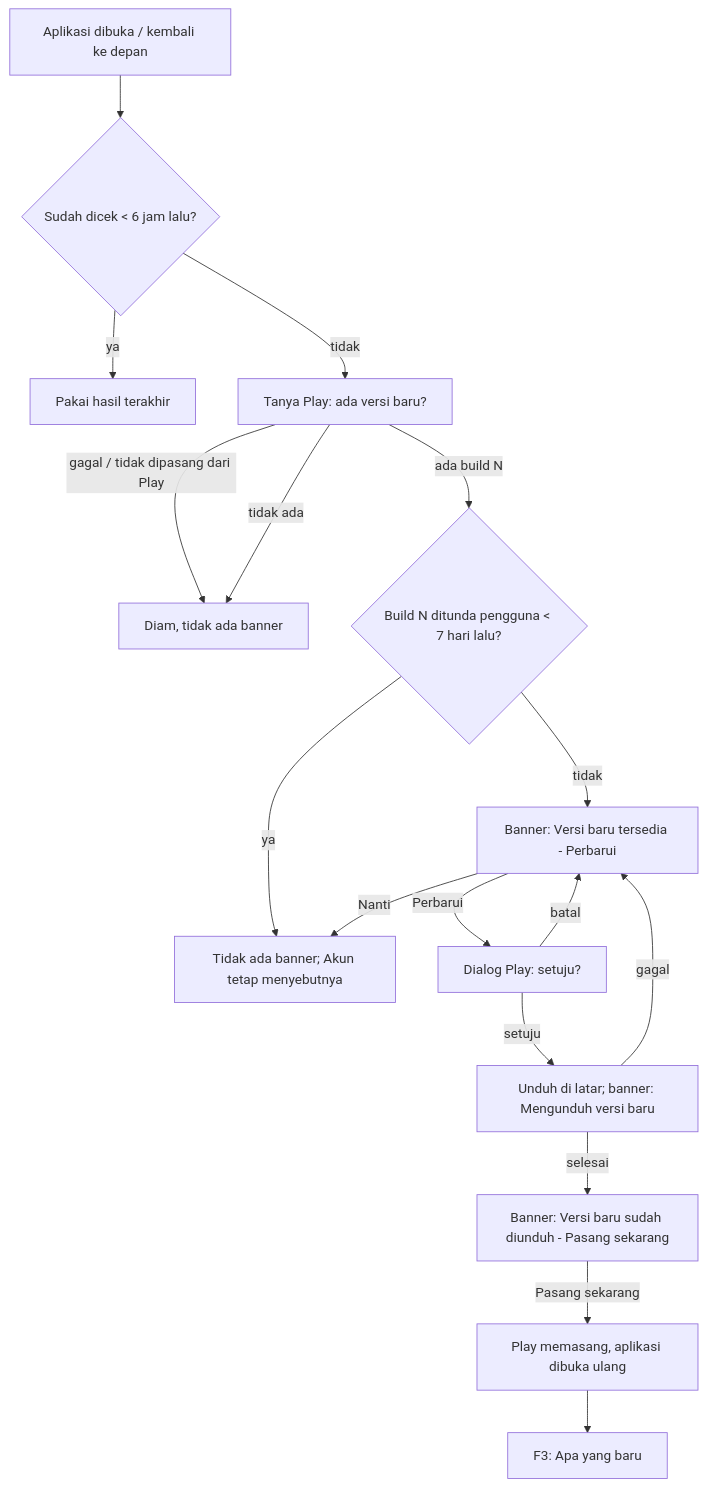
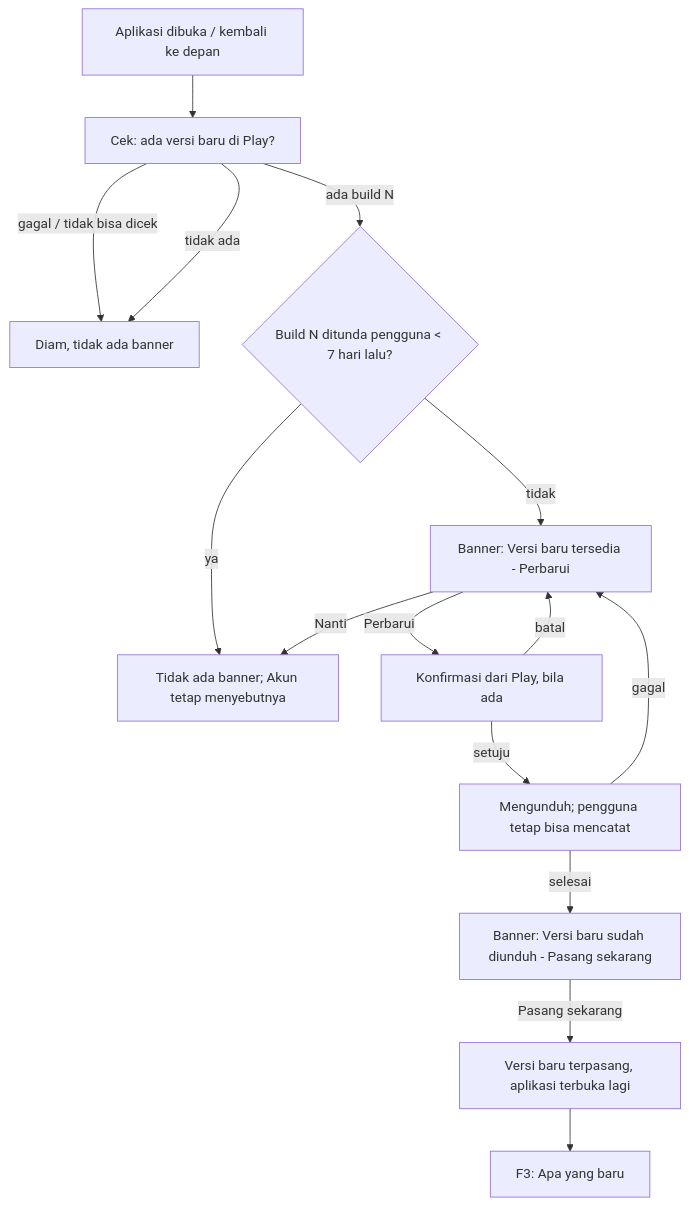
Before and after one commit to arkariz/Saldough: the diagram in docs/01-product/features/APP_UPDATE.md, drawn with Mermaid. The commit also changed other lines of this file and 7 other files, not shown here.

````diff
--- a/docs/01-product/features/APP_UPDATE.md
+++ b/docs/01-product/features/APP_UPDATE.md
@@ -144,19 +138,17 @@
 ```mermaid
 flowchart TD
-  A[Aplikasi dibuka / kembali ke depan] --> B{Sudah dicek < 6 jam lalu?}
-  B -- ya --> Z[Pakai hasil terakhir]
-  B -- tidak --> C[Tanya Play: ada versi baru?]
-  C -- gagal / tidak dipasang dari Play --> X[Diam, tidak ada banner]
+  A[Aplikasi dibuka / kembali ke depan] --> C[Cek: ada versi baru di Play?]
+  C -- gagal / tidak bisa dicek --> X[Diam, tidak ada banner]
   C -- tidak ada --> X
   C -- ada build N --> D{Build N ditunda pengguna < 7 hari lalu?}
   D -- ya --> Y[Tidak ada banner; Akun tetap menyebutnya]
   D -- tidak --> E[Banner: Versi baru tersedia - Perbarui]
   E -- Nanti --> Y
-  E -- Perbarui --> F[Dialog Play: setuju?]
+  E -- Perbarui --> F[Konfirmasi dari Play, bila ada]
   F -- batal --> E
-  F -- setuju --> G[Unduh di latar; banner: Mengunduh versi baru]
+  F -- setuju --> G[Mengunduh; pengguna tetap bisa mencatat]
   G -- gagal --> E
   G -- selesai --> H[Banner: Versi baru sudah diunduh - Pasang sekarang]
-  H -- Pasang sekarang --> I[Play memasang, aplikasi dibuka ulang]
+  H -- Pasang sekarang --> I[Versi baru terpasang, aplikasi terbuka lagi]
   I --> J[F3: Apa yang baru]
 ```
````
